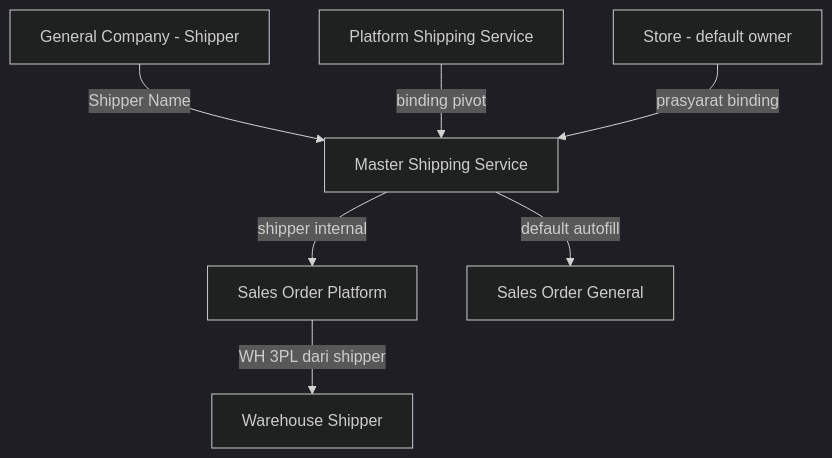
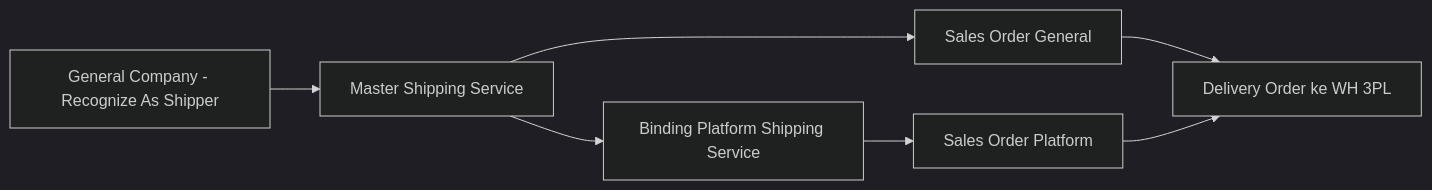
Before and after one commit to yendyr/olshoperp-docs: the first of 3 diagrams in qa-docs/omni-shipping-service/requirement.md, drawn with Mermaid (dark theme). The commit also changed other lines of this file and 123 other files, not shown here.

````diff
--- a/qa-docs/omni-shipping-service/requirement.md
+++ b/qa-docs/omni-shipping-service/requirement.md
@@ -43,9 +42,9 @@
 ```mermaid
-flowchart TB
-    GC[General Company - Shipper] -->|Shipper Name| MSS[Master Shipping Service]
-    PSS[Platform Shipping Service] -->|binding pivot| MSS
-    MSS -->|shipper internal| SOP[Sales Order Platform]
-    MSS -->|default autofill| SOG[Sales Order General]
-    SOP -->|WH 3PL dari shipper| WH[Warehouse Shipper]
-    STORE[Store - default owner] -->|prasyarat binding| MSS
+flowchart LR
+    GC[General Company - Recognize As Shipper] --> MSS[Master Shipping Service]
+    MSS --> BIND[Binding Platform Shipping Service]
+    MSS --> SOG[Sales Order General]
+    BIND --> SOP[Sales Order Platform]
+    SOG --> DO[Delivery Order ke WH 3PL]
+    SOP --> DO
 ```
````
